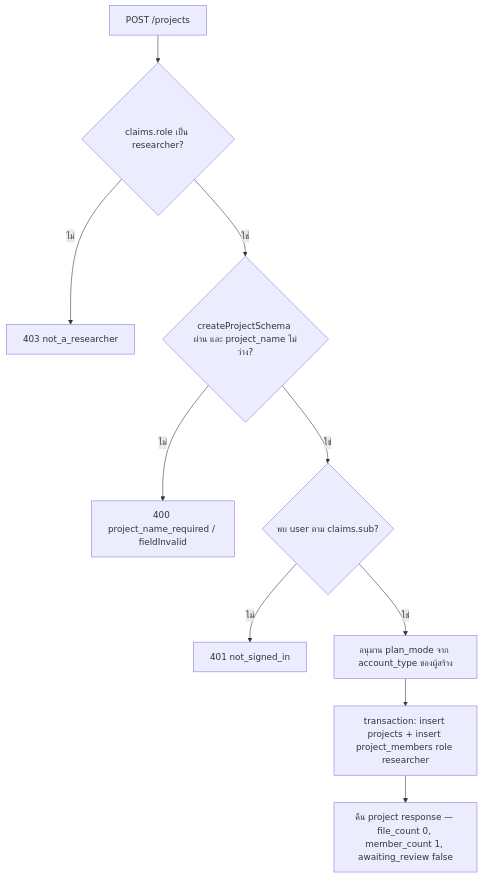
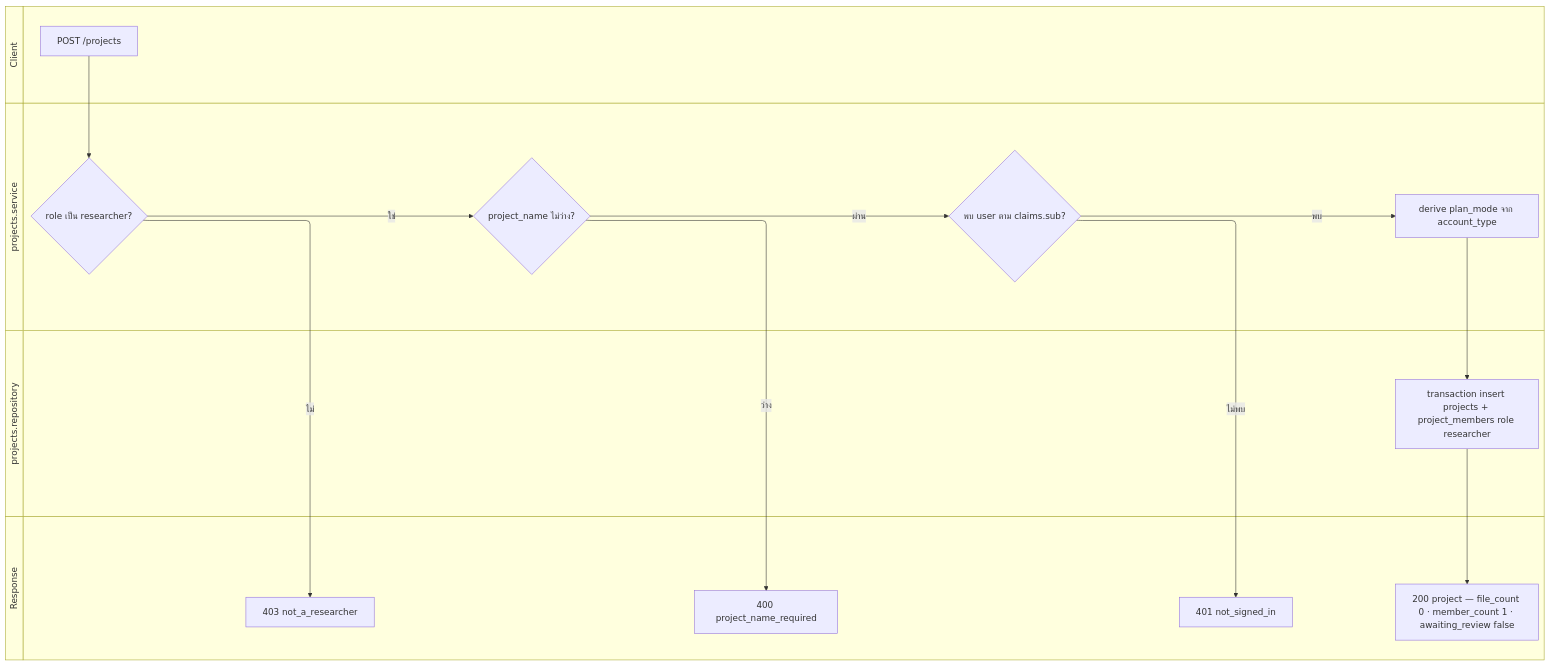
The first of 3 diagrams in src/features/projects/README.md (Open-Science-and-Data-management/Backend), drawn with Mermaid before and after one commit. The commit also changed other lines of this file and 20 other files, not shown here.

````diff
--- a/src/features/projects/README.md
+++ b/src/features/projects/README.md
@@ -79,12 +120,30 @@
 ```mermaid
-flowchart TD
-    A[POST /projects] --> B{claims.role เป็น researcher?}
-    B -- ไม่ --> C[403 not_a_researcher]
-    B -- ใช่ --> D{createProjectSchema ผ่าน และ project_name ไม่ว่าง?}
-    D -- ไม่ --> E[400 project_name_required / fieldInvalid]
-    D -- ใช่ --> F{พบ user ตาม claims.sub?}
-    F -- ไม่ --> G[401 not_signed_in]
-    F -- ใช่ --> H[อนุมาน plan_mode จาก account_type ของผู้สร้าง]
-    H --> I[transaction: insert projects + insert project_members role researcher]
-    I --> J[คืน project response — file_count 0, member_count 1, awaiting_review false]
+swimlane-beta LR
+    subgraph client [Client]
+        A[POST /projects]
+    end
+    subgraph svc [projects.service]
+        B{role เป็น researcher?}
+        C{project_name ไม่ว่าง?}
+        D{พบ user ตาม claims.sub?}
+        E[derive plan_mode จาก account_type]
+    end
+    subgraph repo [projects.repository]
+        F[transaction insert projects + project_members role researcher]
+    end
+    subgraph res [Response]
+        G[403 not_a_researcher]
+        H[400 project_name_required]
+        I[401 not_signed_in]
+        J[200 project — file_count 0 · member_count 1 · awaiting_review false]
+    end
+    A --> B
+    B -->|ไม่| G
+    B -->|ใช่| C
+    C -->|ว่าง| H
+    C -->|ผ่าน| D
+    D -->|ไม่พบ| I
+    D -->|พบ| E
+    E --> F
+    F --> J
 ```
````
